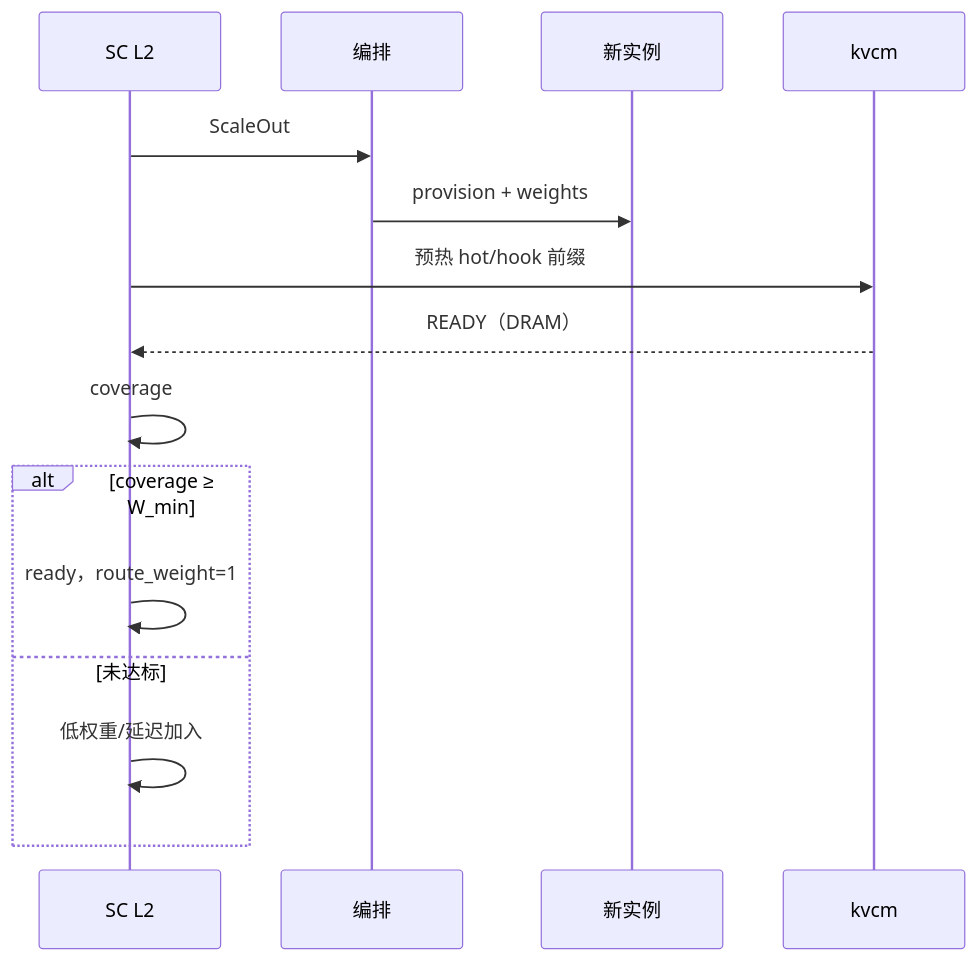
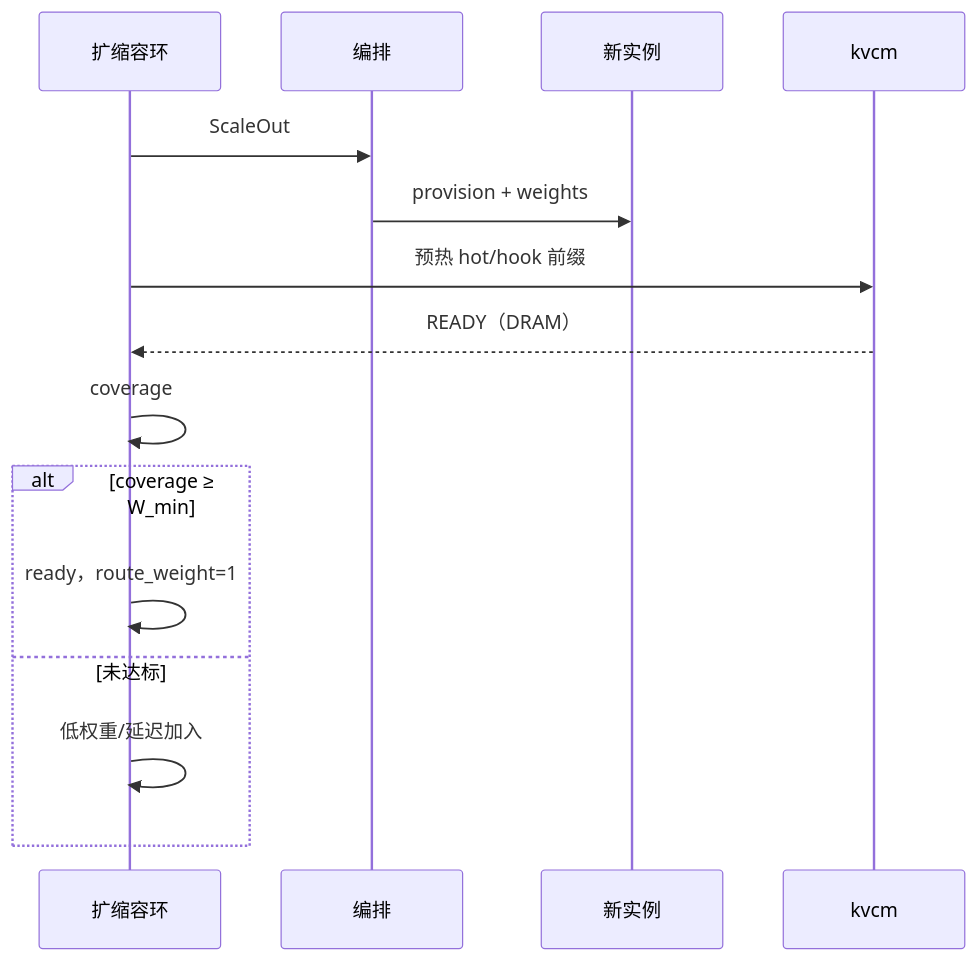
One commit to 5x8-40/lake changed the sixth of 7 diagrams in kvcm/design/D8a-scheduling-algorithms.md. Above: the diagram before and after it, drawn with Mermaid. The commit also changed 1 other file, not shown here.

Commit message:
docs(kvcm): 时序图 L2 改成扩缩容环，不再写 SC L2
SC L2 是内部代号，读者看不懂；D8a/D8b 的 L2 参与者改为中文。\n\nCo-Authored-By: Claude <noreply@anthropic.com>

````diff
--- a/kvcm/design/D8a-scheduling-algorithms.md
+++ b/kvcm/design/D8a-scheduling-algorithms.md
@@ -460,17 +460,17 @@
 ```mermaid
 sequenceDiagram
-    participant L2 as SC L2
+    participant L2 as 扩缩容环
     participant O as 编排
     participant N as 新实例
     participant K as kvcm
     L2->>O: ScaleOut
     O->>N: provision + weights
     L2->>K: 预热 hot/hook 前缀
     K-->>L2: READY（DRAM）
     L2->>L2: coverage
     alt coverage ≥ W_min
         L2->>L2: ready，route_weight=1
     else 未达标
         L2->>L2: 低权重/延迟加入
     end
 ```
````
